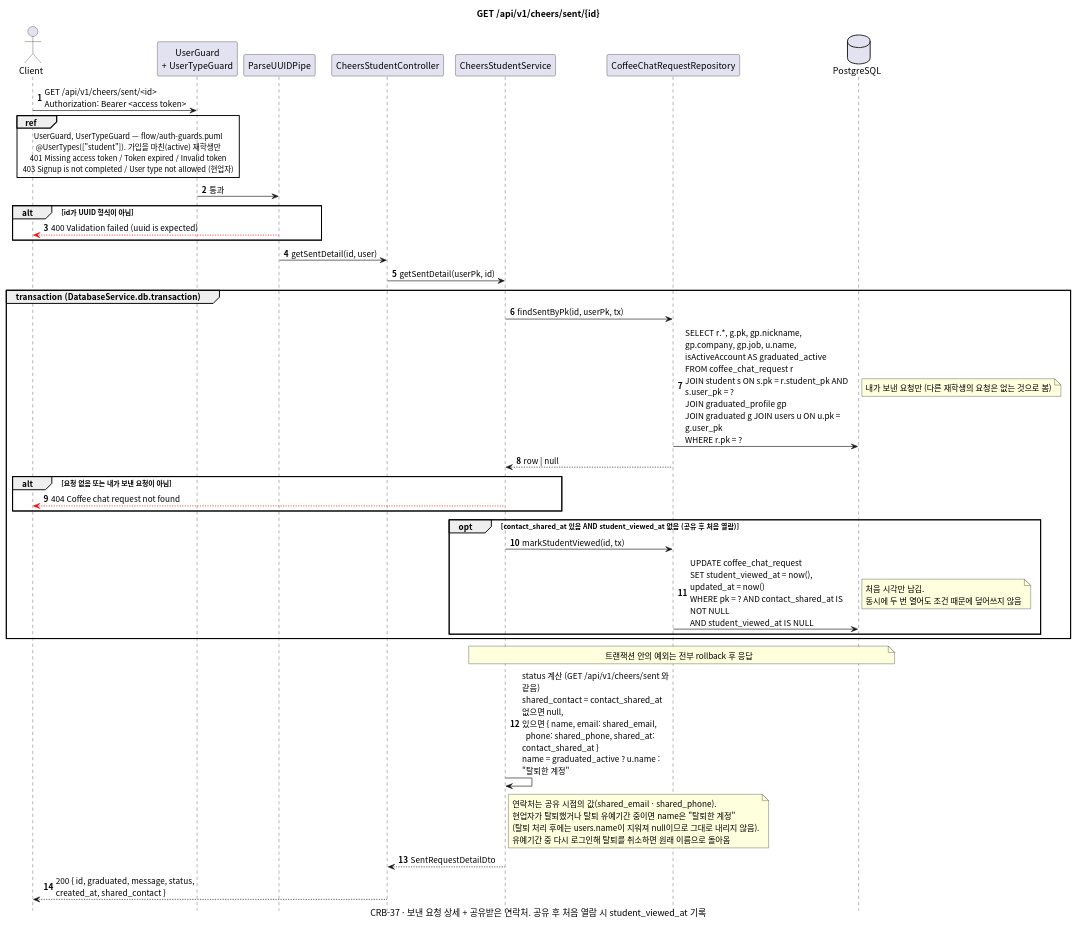
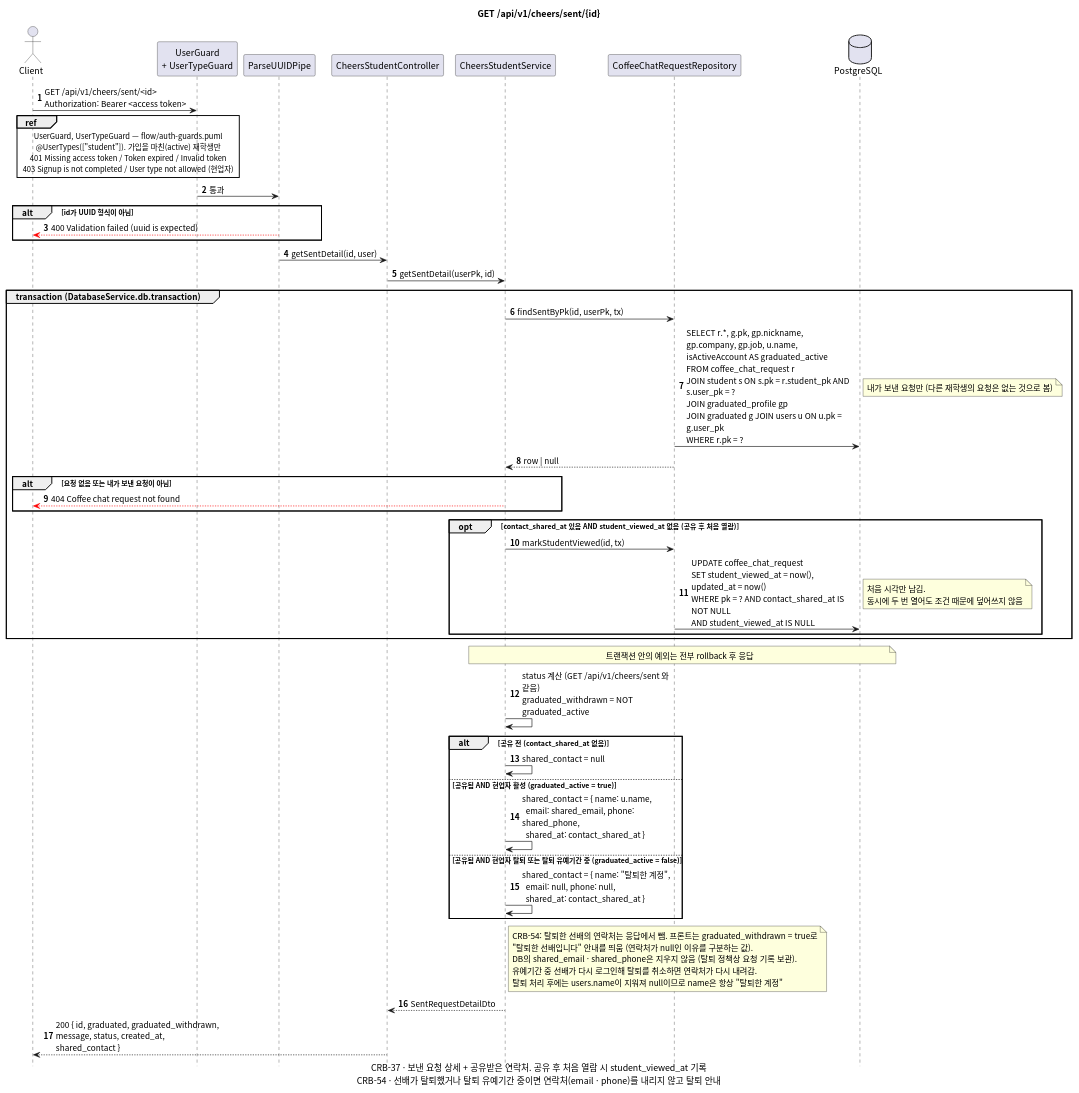
Before and after one commit to gsainfoteam/cheers-be: the diagram in docs/sequence/cheers/get-cheers-sent-id.puml, drawn with PlantUML. The commit also changed 1 other file, not shown here.

Commit message:
- docs: update sent request sequence diagrams for withdrawn graduated (CRB-54)

```diff
--- a/docs/sequence/cheers/get-cheers-sent-id.puml
+++ b/docs/sequence/cheers/get-cheers-sent-id.puml
@@ -1,63 +1,71 @@
 @startuml get-cheers-sent-id
 skinparam defaultFontName "Apple SD Gothic Neo", "Noto Sans CJK KR", sans-serif
 skinparam responseMessageBelowArrow true
 skinparam sequenceMessageAlign left
 skinparam maxMessageSize 260
 skinparam BoxPadding 8
 skinparam shadowing false
 autonumber
 hide footbox
 
 title GET /api/v1/cheers/sent/{id}
-caption CRB-37 · 보낸 요청 상세 + 공유받은 연락처. 공유 후 처음 열람 시 student_viewed_at 기록
+caption CRB-37 · 보낸 요청 상세 + 공유받은 연락처. 공유 후 처음 열람 시 student_viewed_at 기록\nCRB-54 · 선배가 탈퇴했거나 탈퇴 유예기간 중이면 연락처(email · phone)를 내리지 않고 탈퇴 안내
 
 actor Client
 participant "UserGuard\n+ UserTypeGuard" as Guard
 participant "ParseUUIDPipe" as Pipe
 participant "CheersStudentController" as Controller
 participant "CheersStudentService" as Service
 participant "CoffeeChatRequestRepository" as CoffeeChatRequestRepository
 database PostgreSQL
 
 Client -> Guard: GET /api/v1/cheers/sent/<id>\nAuthorization: Bearer <access token>
 ref over Client, Guard
   UserGuard, UserTypeGuard — flow/auth-guards.puml
   @UserTypes(["student"]). 가입을 마친(active) 재학생만
   401 Missing access token / Token expired / Invalid token
   403 Signup is not completed / User type not allowed (현업자)
 end ref
 Guard -> Pipe: 통과
 alt id가 UUID 형식이 아님
   Pipe -[#red]-> Client: 400 Validation failed (uuid is expected)
 end
 Pipe -> Controller: getSentDetail(id, user)
 Controller -> Service: getSentDetail(userPk, id)
 
 group transaction (DatabaseService.db.transaction)
   Service -> CoffeeChatRequestRepository: findSentByPk(id, userPk, tx)
   CoffeeChatRequestRepository -> PostgreSQL: SELECT r.*, g.pk, gp.nickname, gp.company, gp.job, u.name,\nisActiveAccount AS graduated_active\nFROM coffee_chat_request r\nJOIN student s ON s.pk = r.student_pk AND s.user_pk = ?\nJOIN graduated_profile gp\nJOIN graduated g JOIN users u ON u.pk = g.user_pk\nWHERE r.pk = ?
   note right: 내가 보낸 요청만 (다른 재학생의 요청은 없는 것으로 봄)
   CoffeeChatRequestRepository --> Service: row | null
   alt 요청 없음 또는 내가 보낸 요청이 아님
     Service -[#red]-> Client: 404 Coffee chat request not found
   end
 
   opt contact_shared_at 있음 AND student_viewed_at 없음 (공유 후 처음 열람)
     Service -> CoffeeChatRequestRepository: markStudentViewed(id, tx)
     CoffeeChatRequestRepository -> PostgreSQL: UPDATE coffee_chat_request\nSET student_viewed_at = now(), updated_at = now()\nWHERE pk = ? AND contact_shared_at IS NOT NULL\nAND student_viewed_at IS NULL
     note right: 처음 시각만 남김.\n동시에 두 번 열어도 조건 때문에 덮어쓰지 않음
   end
 end
 note over Service, PostgreSQL: 트랜잭션 안의 예외는 전부 rollback 후 응답
 
-Service -> Service: status 계산 (GET /api/v1/cheers/sent 와 같음)\nshared_contact = contact_shared_at 없으면 null,\n있으면 { name, email: shared_email,\n  phone: shared_phone, shared_at: contact_shared_at }\nname = graduated_active ? u.name : "탈퇴한 계정"
+Service -> Service: status 계산 (GET /api/v1/cheers/sent 와 같음)\ngraduated_withdrawn = NOT graduated_active
+alt 공유 전 (contact_shared_at 없음)
+  Service -> Service: shared_contact = null
+else 공유됨 AND 현업자 활성 (graduated_active = true)
+  Service -> Service: shared_contact = { name: u.name,\n  email: shared_email, phone: shared_phone,\n  shared_at: contact_shared_at }
+else 공유됨 AND 현업자 탈퇴 또는 탈퇴 유예기간 중 (graduated_active = false)
+  Service -> Service: shared_contact = { name: "탈퇴한 계정",\n  email: null, phone: null,\n  shared_at: contact_shared_at }
+end
 note right of Service
-  연락처는 공유 시점의 값(shared_email · shared_phone).
-  현업자가 탈퇴했거나 탈퇴 유예기간 중이면 name은 "탈퇴한 계정"
-  (탈퇴 처리 후에는 users.name이 지워져 null이므로 그대로 내리지 않음).
-  유예기간 중 다시 로그인해 탈퇴를 취소하면 원래 이름으로 돌아옴
+  CRB-54: 탈퇴한 선배의 연락처는 응답에서 뺌. 프론트는 graduated_withdrawn = true로
+  "탈퇴한 선배입니다" 안내를 띄움 (연락처가 null인 이유를 구분하는 값).
+  DB의 shared_email · shared_phone은 지우지 않음 (탈퇴 정책상 요청 기록 보관).
+  유예기간 중 선배가 다시 로그인해 탈퇴를 취소하면 연락처가 다시 내려감.
+  탈퇴 처리 후에는 users.name이 지워져 null이므로 name은 항상 "탈퇴한 계정"
 end note
 Service --> Controller: SentRequestDetailDto
-Controller --> Client: 200 { id, graduated, message, status, created_at, shared_contact }
+Controller --> Client: 200 { id, graduated, graduated_withdrawn, message, status, created_at, shared_contact }
 
 @enduml
```
